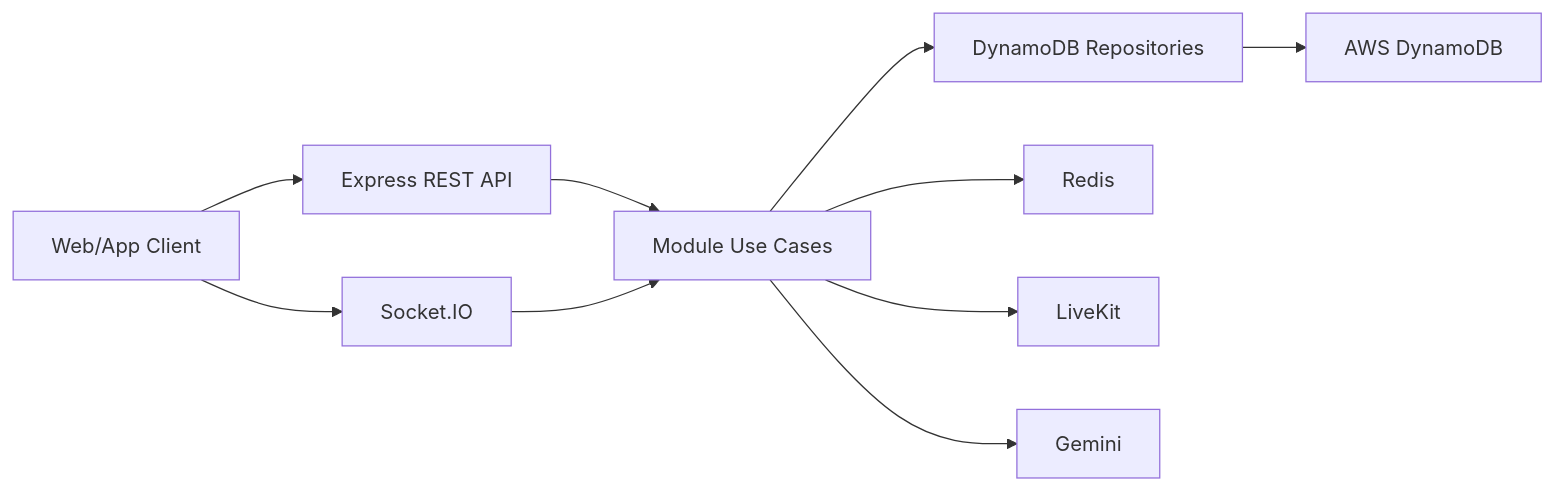
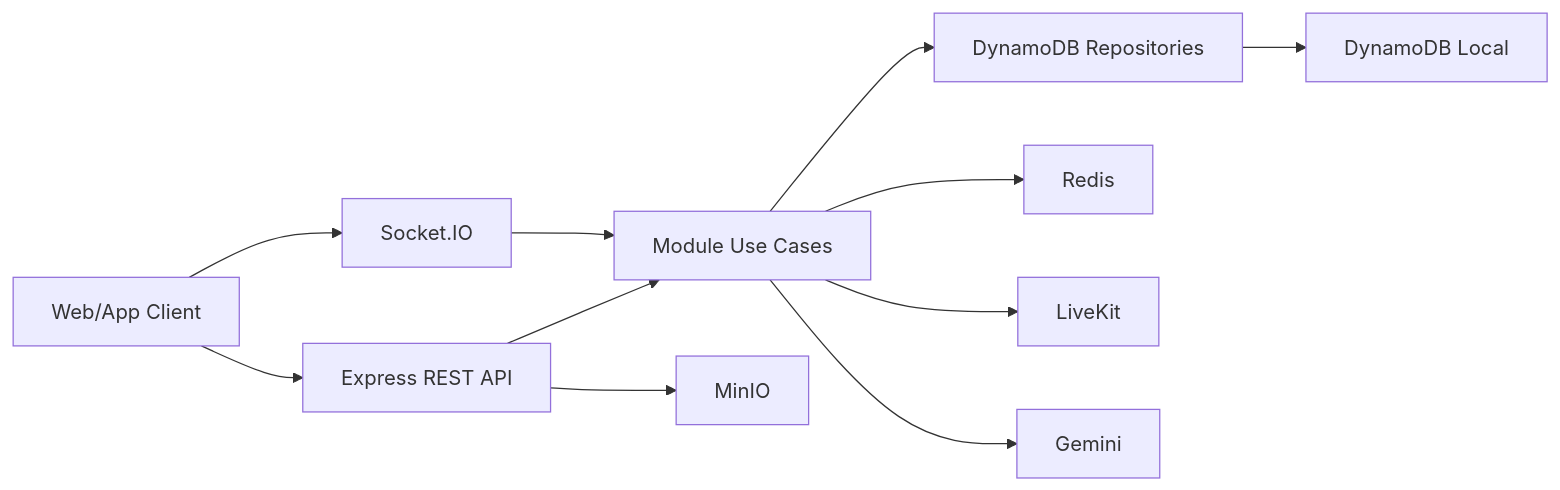
Before and after one commit to phuong261104/chatBE: the first of 2 diagrams in docs/BE-ARCHITECTURE.md, drawn with Mermaid. The commit also changed other lines of this file and 28 other files, not shown here.

Commit message:
feat(docker): integrate DynamoDB Local and MinIO for local development; update environment configurations and Docker Compose files

````diff
--- a/docs/BE-ARCHITECTURE.md
+++ b/docs/BE-ARCHITECTURE.md
@@ -23,12 +23,13 @@
 ```mermaid
 flowchart LR
   Client["Web/App Client"] --> HTTP["Express REST API"]
   Client --> Socket["Socket.IO"]
   HTTP --> Usecase["Module Use Cases"]
   Socket --> Usecase
   Usecase --> Repo["DynamoDB Repositories"]
   Usecase --> Redis["Redis"]
   Usecase --> LiveKit["LiveKit"]
   Usecase --> Gemini["Gemini"]
-  Repo --> DynamoDB["AWS DynamoDB"]
+  Repo --> DynamoDB["DynamoDB Local"]
+  HTTP --> MinIO["MinIO"]
 ```
````
